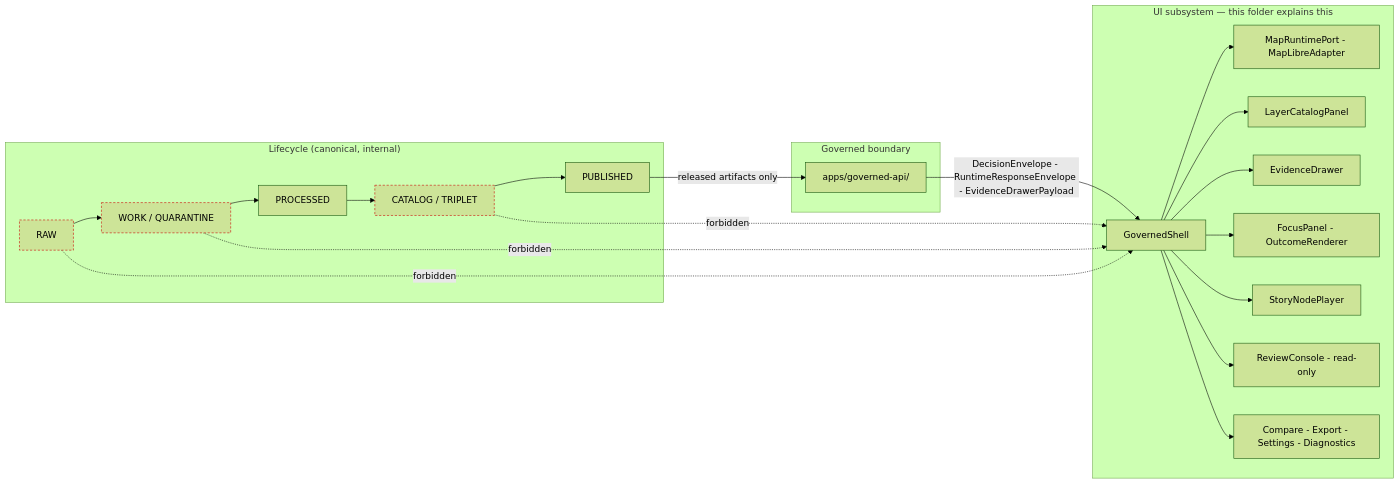
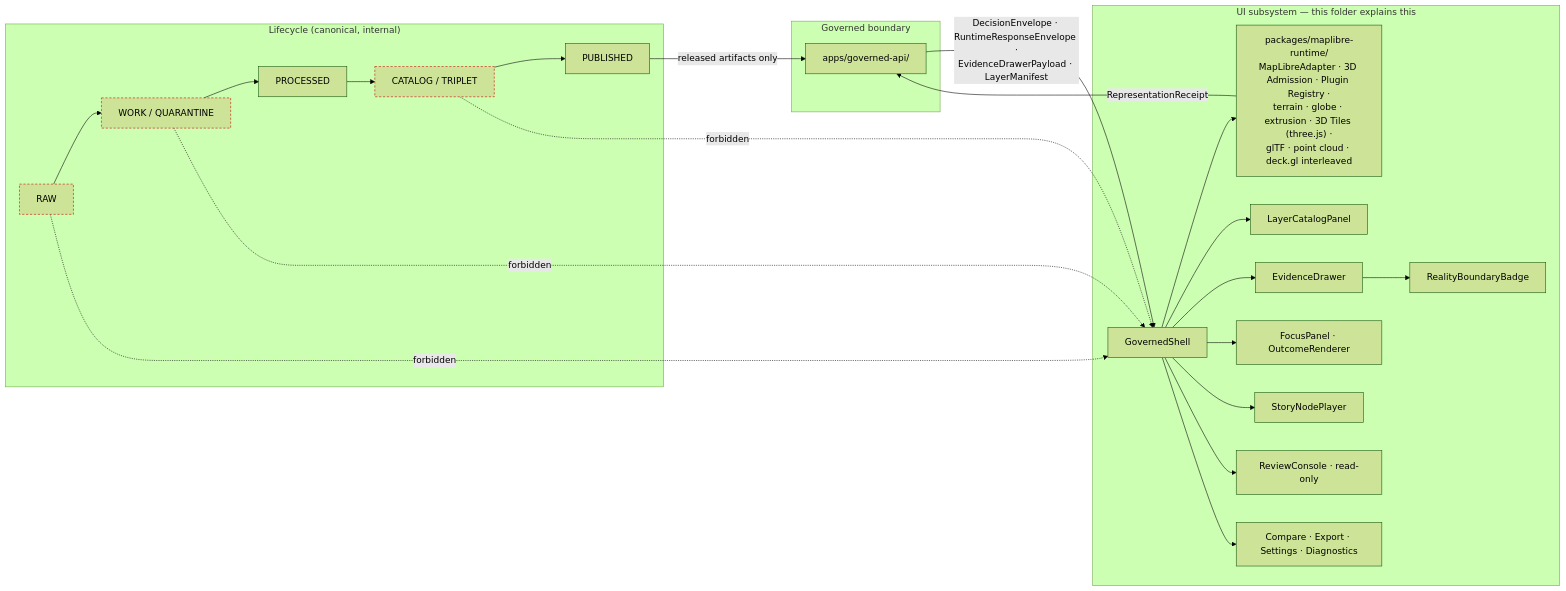
The first of 2 diagrams in docs/architecture/ui/README.md (bartytime4life/Kansas-Frontier-Matrix), drawn with Mermaid (forest theme) before and after one commit. The commit also changed other lines of this file, not shown here.

````diff
--- a/docs/architecture/ui/README.md
+++ b/docs/architecture/ui/README.md
@@ -203,38 +227,42 @@
 ```mermaid
 flowchart LR
   subgraph Lifecycle["Lifecycle (canonical, internal)"]
     R[RAW] --> WQ["WORK / QUARANTINE"] --> P[PROCESSED] --> CT["CATALOG / TRIPLET"] --> PUB[PUBLISHED]
   end
 
   subgraph Trust["Governed boundary"]
-    GAPI[apps/governed-api/]
+    GAPI["apps/governed-api/"]
   end
 
   subgraph UI["UI subsystem — this folder explains this"]
     SHELL[GovernedShell]
-    MAP[MapRuntimePort - MapLibreAdapter]
+    RUNTIME["packages/maplibre-runtime/<br/>MapLibreAdapter · 3D Admission · Plugin Registry ·<br/>terrain · globe · extrusion · 3D Tiles (three.js) ·<br/>glTF · point cloud · deck.gl interleaved"]
     CATALOG[LayerCatalogPanel]
     DRAWER[EvidenceDrawer]
-    FOCUS[FocusPanel - OutcomeRenderer]
+    RBB[RealityBoundaryBadge]
+    FOCUS["FocusPanel · OutcomeRenderer"]
     STORY[StoryNodePlayer]
-    REVIEW[ReviewConsole - read-only]
-    COMPARE[Compare - Export - Settings - Diagnostics]
+    REVIEW["ReviewConsole · read-only"]
+    COMPARE["Compare · Export · Settings · Diagnostics"]
   end
 
   PUB -->|released artifacts only| GAPI
-  GAPI -->|DecisionEnvelope - RuntimeResponseEnvelope - EvidenceDrawerPayload| SHELL
-  SHELL --> MAP
+  GAPI -->|"DecisionEnvelope · RuntimeResponseEnvelope ·<br/>EvidenceDrawerPayload · LayerManifest"| SHELL
+  SHELL --> RUNTIME
   SHELL --> CATALOG
   SHELL --> DRAWER
+  DRAWER --> RBB
   SHELL --> FOCUS
   SHELL --> STORY
   SHELL --> REVIEW
   SHELL --> COMPARE
+
+  RUNTIME -->|"RepresentationReceipt"| GAPI
 
   R -. forbidden .-> SHELL
   WQ -. forbidden .-> SHELL
   CT -. forbidden .-> SHELL
 
   classDef forbidden stroke:#c00,stroke-dasharray: 4 3;
   class R,WQ,CT forbidden;
 ```
````
